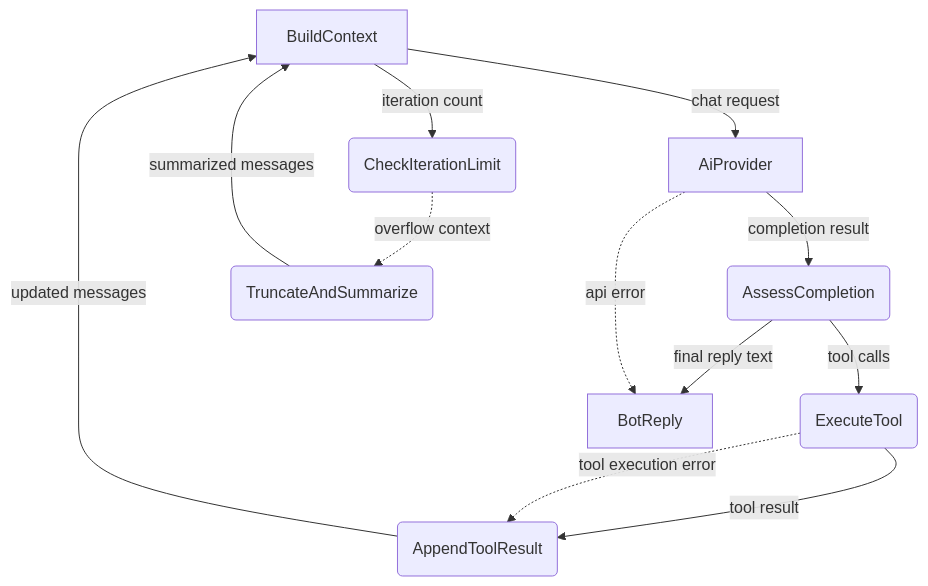
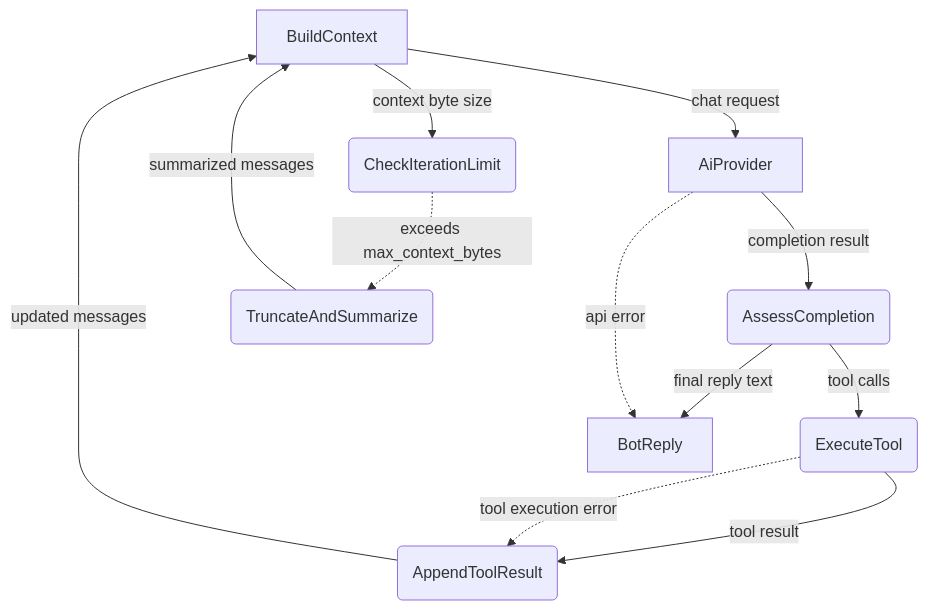
The third of 8 diagrams in _dfds/agent-harness.md (cosmoswafer/rockbot), drawn with Mermaid before and after one commit. The commit also changed other lines of this file and 4 other files, not shown here.

````diff
--- a/_dfds/agent-harness.md
+++ b/_dfds/agent-harness.md
@@ -94,23 +94,23 @@
 ```mermaid
 flowchart TD
     CTX[BuildContext]
     AI[AiProvider]
     ASSESS(AssessCompletion)
     EXEC(ExecuteTool)
     APPEND(AppendToolResult)
     LIMIT(CheckIterationLimit)
     TRUNC(TruncateAndSummarize)
     REPLY_OUT[BotReply]
 
     CTX -->|"chat request"| AI
     AI -->|"completion result"| ASSESS
     ASSESS -->|"tool calls"| EXEC
     ASSESS -->|"final reply text"| REPLY_OUT
     EXEC -->|"tool result"| APPEND
     APPEND -->|"updated messages"| CTX
-    CTX -->|"iteration count"| LIMIT
-    LIMIT -.->|"overflow context"| TRUNC
+    CTX -->|"context byte size"| LIMIT
+    LIMIT -.->|"exceeds max_context_bytes"| TRUNC
     TRUNC -->|"summarized messages"| CTX
     EXEC -.->|"tool execution error"| APPEND
     AI -.->|"api error"| REPLY_OUT
 ```
````
